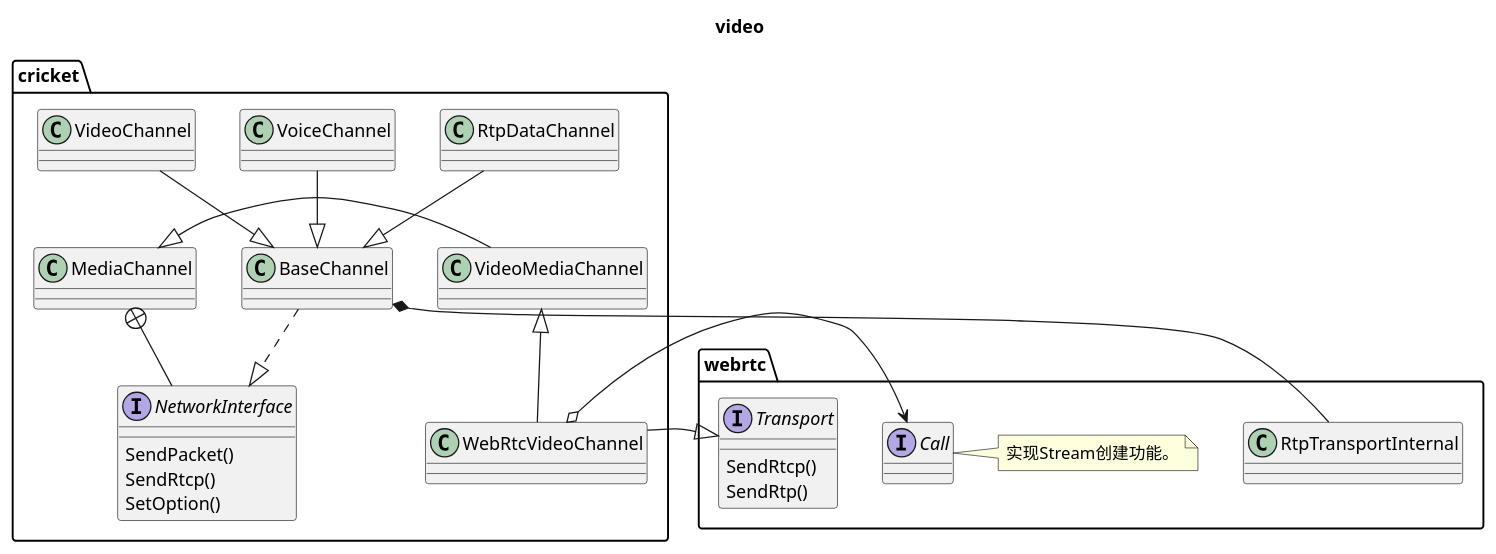
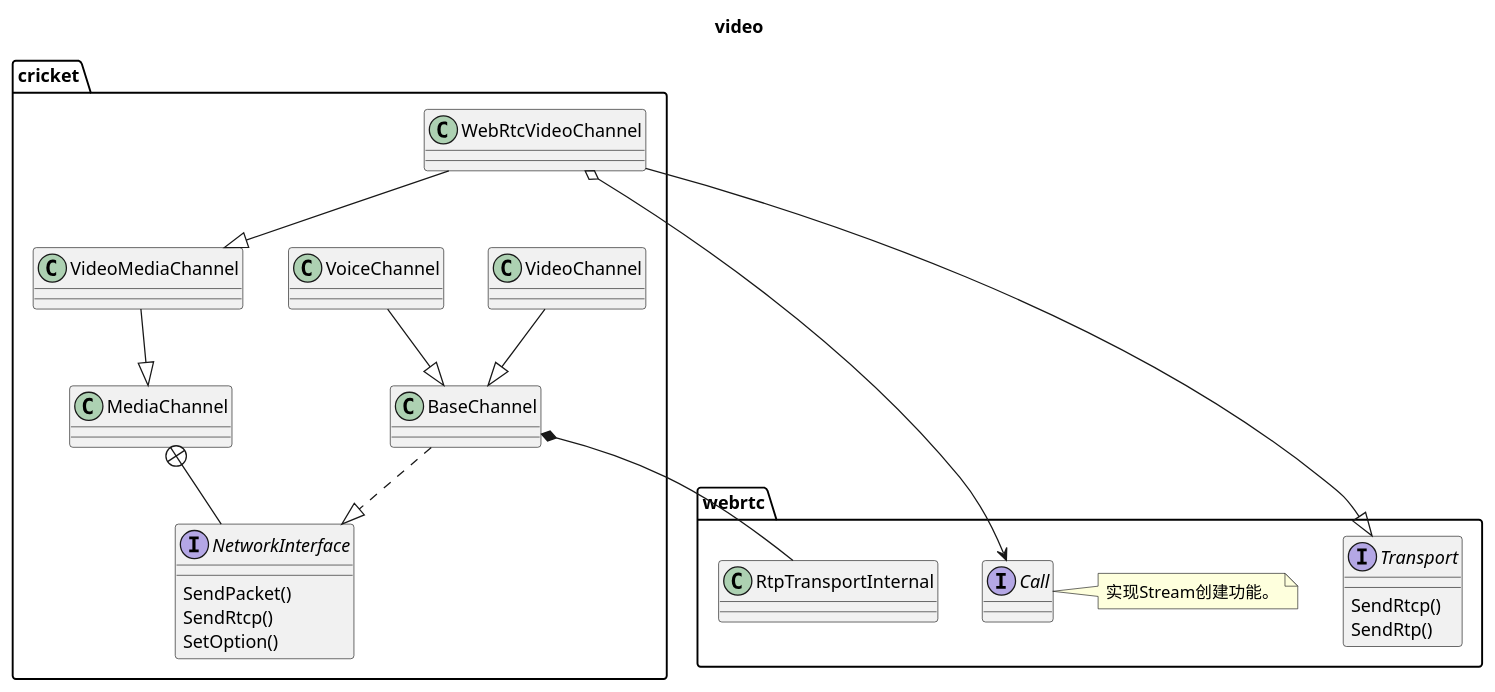
Diagram 12 of 19 in webrtc_chrome/Design.md (mingxin505/webrtcNote), drawn with PlantUML before and after one commit. The commit also changed other lines of this file and 4 other files, not shown here.

`````diff
--- a/webrtc_chrome/Design.md
+++ b/webrtc_chrome/Design.md
@@ -209,31 +226,30 @@
 ````plantuml
 title "video"
 package webrtc { 
     interface Transport {
         SendRtcp()
         SendRtp()
     }
     interface Call 
     note right: 实现Stream创建功能。
 
     class RtpTransportInternal {}
 }
 package cricket {
     interface NetworkInterface {
         SendPacket()
         SendRtcp()
         SetOption()
     }
     MediaChannel +-- NetworkInterface
-    VideoMediaChannel -left-|> MediaChannel
-    WebRtcVideoChannel -up-|> VideoMediaChannel
-    WebRtcVideoChannel -left-|> Transport
+    VideoMediaChannel --|> MediaChannel
+    WebRtcVideoChannel --|> VideoMediaChannel
+    WebRtcVideoChannel --|> Transport
     WebRtcVideoChannel o--> Call 
 
     BaseChannel ..|> NetworkInterface
     BaseChannel *-- RtpTransportInternal
-    RtpDataChannel --|> BaseChannel
     VoiceChannel --|> BaseChannel
     VideoChannel --|> BaseChannel
 }
 ````
`````
